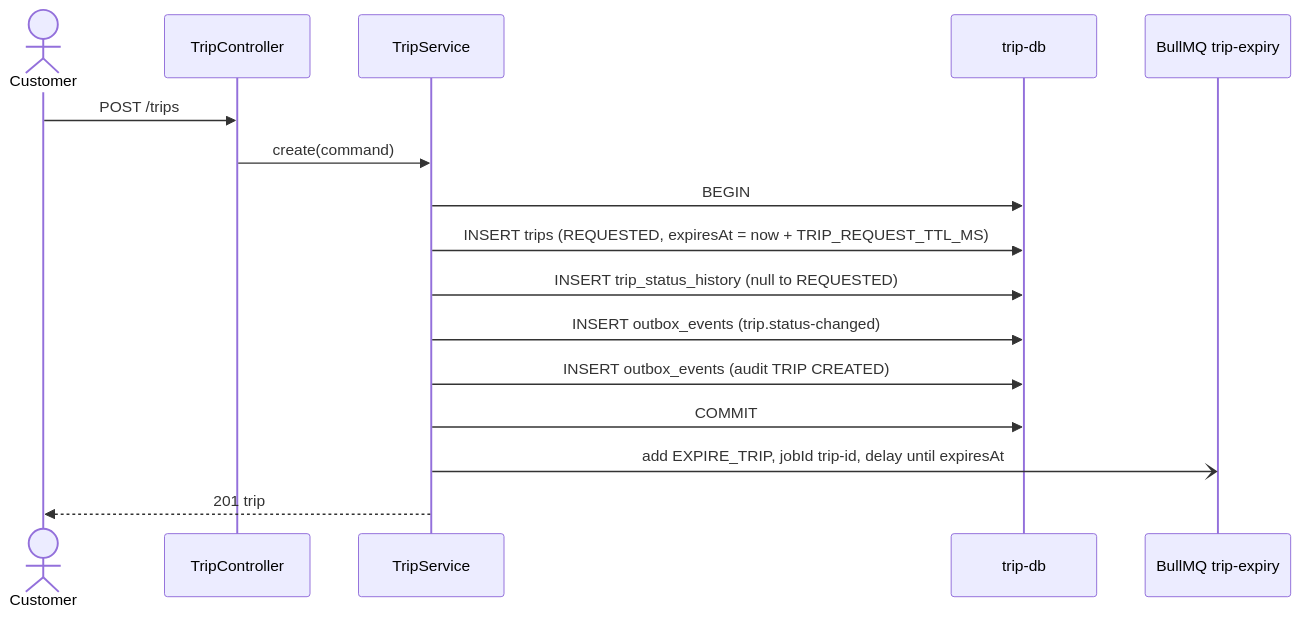
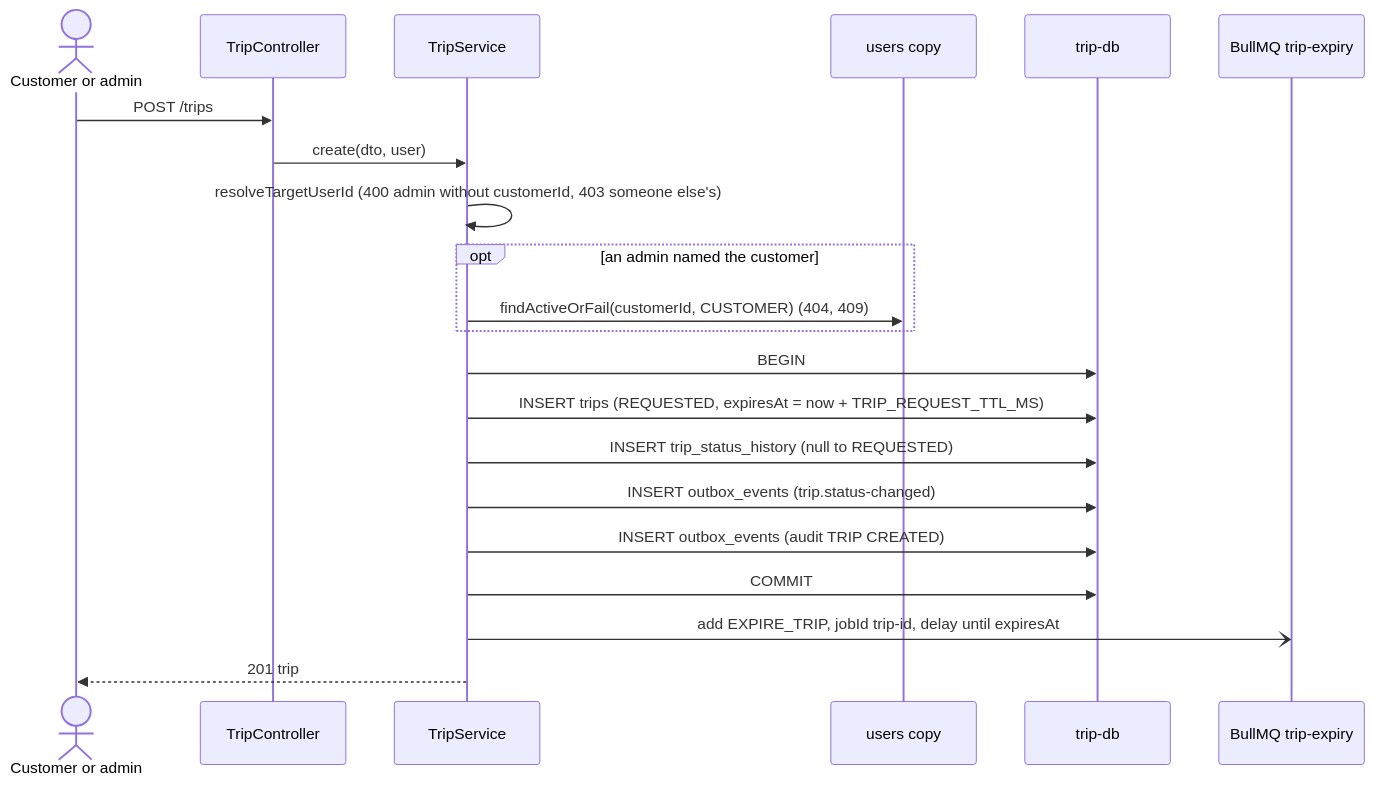
The fifth of 10 diagrams in docs/services/trip-service.md (Mohammed-Taysser/masr3), drawn with Mermaid before and after one commit. The commit also changed other lines of this file and 30 other files, not shown here.

````diff
--- a/docs/services/trip-service.md
+++ b/docs/services/trip-service.md
@@ -149,18 +153,23 @@
 ```mermaid
 sequenceDiagram
-  actor C as Customer
+  actor C as Customer or admin
   participant API as TripController
   participant S as TripService
+  participant U as users copy
   participant DB as trip-db
   participant Q as BullMQ trip-expiry
   C->>API: POST /trips
-  API->>S: create(command)
+  API->>S: create(dto, user)
+  S->>S: resolveTargetUserId (400 admin without customerId, 403 someone else's)
+  opt an admin named the customer
+    S->>U: findActiveOrFail(customerId, CUSTOMER) (404, 409)
+  end
   S->>DB: BEGIN
   S->>DB: INSERT trips (REQUESTED, expiresAt = now + TRIP_REQUEST_TTL_MS)
   S->>DB: INSERT trip_status_history (null to REQUESTED)
   S->>DB: INSERT outbox_events (trip.status-changed)
   S->>DB: INSERT outbox_events (audit TRIP CREATED)
   S->>DB: COMMIT
   S-)Q: add EXPIRE_TRIP, jobId trip-id, delay until expiresAt
   S-->>C: 201 trip
 ```
````
